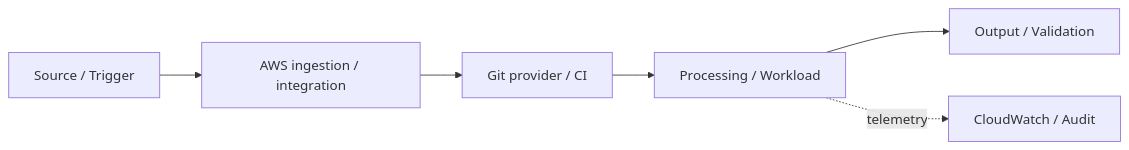
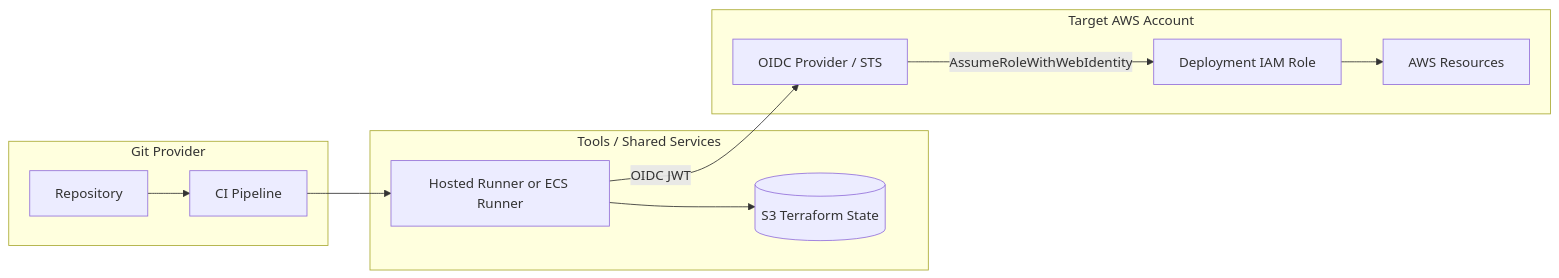
One commit to nguyenngocbinh/aws-usecase-learning-map changed the second of 2 diagrams in docs/usecases/devops/uc09-cicd.md. Above: the diagram before and after it, drawn with Mermaid. The commit also changed other lines of this file, not shown here.

Commit message:
docs: expand UAT-derived AWS hands-on guidance

````diff
--- a/docs/usecases/devops/uc09-cicd.md
+++ b/docs/usecases/devops/uc09-cicd.md
@@ -16,8 +40,21 @@
-```mermaid
+~~~mermaid
 flowchart LR
-  A["Source / Trigger"] --> B["AWS ingestion / integration"]
-  B --> C["Git provider / CI"]
-  C --> D["Processing / Workload"]
-  D --> E["Output / Validation"]
-  D -. telemetry .-> F["CloudWatch / Audit"]
-```
+  subgraph SCM["Git Provider"]
+    REPO["Repository"]
+    PIPE["CI Pipeline"]
+  end
+  subgraph TOOL["Tools / Shared Services"]
+    RUN["Hosted Runner or ECS Runner"]
+    STATE[("S3 Terraform State")]
+  end
+  subgraph TARGET["Target AWS Account"]
+    OIDC["OIDC Provider / STS"]
+    ROLE["Deployment IAM Role"]
+    RES["AWS Resources"]
+  end
+  REPO --> PIPE --> RUN
+  RUN -->|OIDC JWT| OIDC
+  OIDC -->|AssumeRoleWithWebIdentity| ROLE
+  ROLE --> RES
+  RUN --> STATE
+~~~
````
